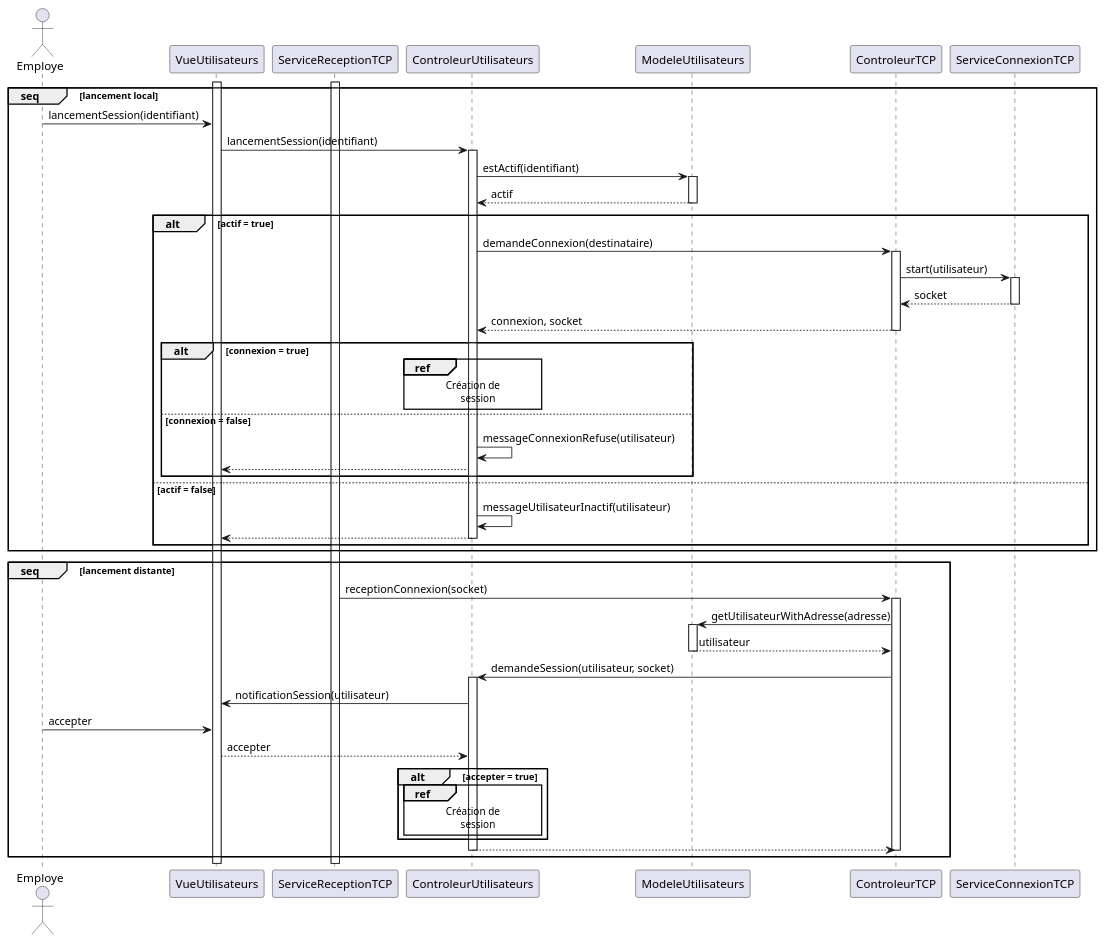
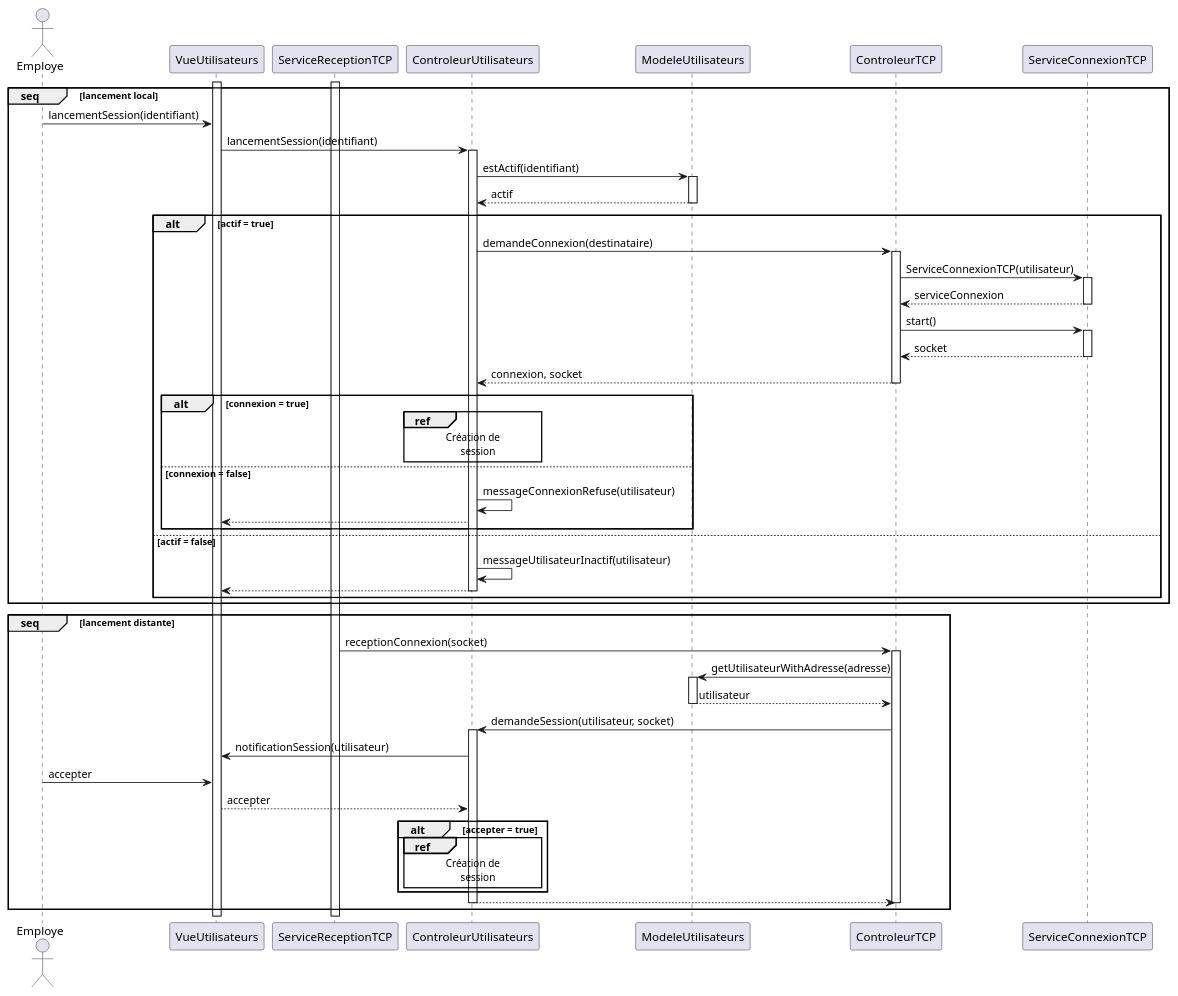
Before and after one commit to arc-hugo/clavardage_uml: the diagram in sequence/lancement_session.wsd, drawn with PlantUML. The commit also changed 5 other files, not shown here.

```diff
--- a/sequence/lancement_session.wsd
+++ b/sequence/lancement_session.wsd
@@ -1,59 +1,63 @@
 @startuml lancement_session
 actor Employe
 activate VueUtilisateurs
 activate ServiceReceptionTCP
 group seq [lancement local]
     Employe -> VueUtilisateurs : lancementSession(identifiant)
     VueUtilisateurs -> ControleurUtilisateurs : lancementSession(identifiant)
     activate ControleurUtilisateurs
     ControleurUtilisateurs -> ModeleUtilisateurs : estActif(identifiant)
     activate ModeleUtilisateurs
     ModeleUtilisateurs --> ControleurUtilisateurs : actif
     deactivate ModeleUtilisateurs
     alt actif = true
         ControleurUtilisateurs -> ControleurTCP : demandeConnexion(destinataire)
         activate ControleurTCP
-        ControleurTCP -> ServiceConnexionTCP : start(utilisateur)
+        ControleurTCP -> ServiceConnexionTCP : ServiceConnexionTCP(utilisateur)
+        activate ServiceConnexionTCP
+        ServiceConnexionTCP --> ControleurTCP : serviceConnexion
+        deactivate ServiceConnexionTCP
+        ControleurTCP -> ServiceConnexionTCP : start()
         activate ServiceConnexionTCP
         ServiceConnexionTCP --> ControleurTCP : socket
         deactivate ServiceConnexionTCP
         ControleurTCP --> ControleurUtilisateurs : connexion, socket
         deactivate ControleurTCP
         alt connexion = true
             ref over ControleurUtilisateurs
                 Création de
                     session
             end ref
         else connexion = false
             ControleurUtilisateurs -> ControleurUtilisateurs : messageConnexionRefuse(utilisateur)
             ControleurUtilisateurs --> VueUtilisateurs
         end
     else actif = false
         ControleurUtilisateurs -> ControleurUtilisateurs : messageUtilisateurInactif(utilisateur)
         ControleurUtilisateurs --> VueUtilisateurs
         deactivate ControleurUtilisateurs
     end
 end
 group seq [lancement distante]
     ServiceReceptionTCP -> ControleurTCP : receptionConnexion(socket)
     activate ControleurTCP
     ControleurTCP -> ModeleUtilisateurs : getUtilisateurWithAdresse(adresse)
     activate ModeleUtilisateurs
     ModeleUtilisateurs --> ControleurTCP : utilisateur
     deactivate ModeleUtilisateurs
     ControleurTCP -> ControleurUtilisateurs : demandeSession(utilisateur, socket)
     activate ControleurUtilisateurs
     ControleurUtilisateurs -> VueUtilisateurs : notificationSession(utilisateur)
     Employe -> VueUtilisateurs : accepter
     VueUtilisateurs --> ControleurUtilisateurs : accepter
     alt accepter = true
         ref over ControleurUtilisateurs
             Création de
                 session
         end ref
     end
     ControleurUtilisateurs --> ControleurTCP
     deactivate ControleurUtilisateurs
     deactivate ControleurTCP
 end
 @enduml
```
